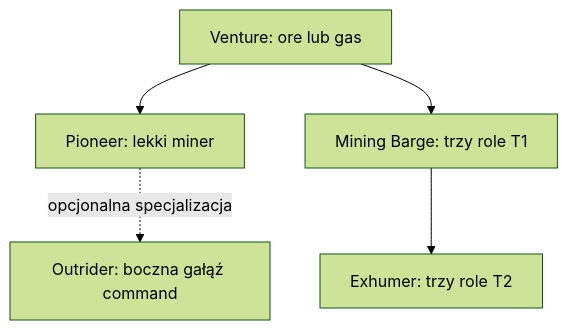
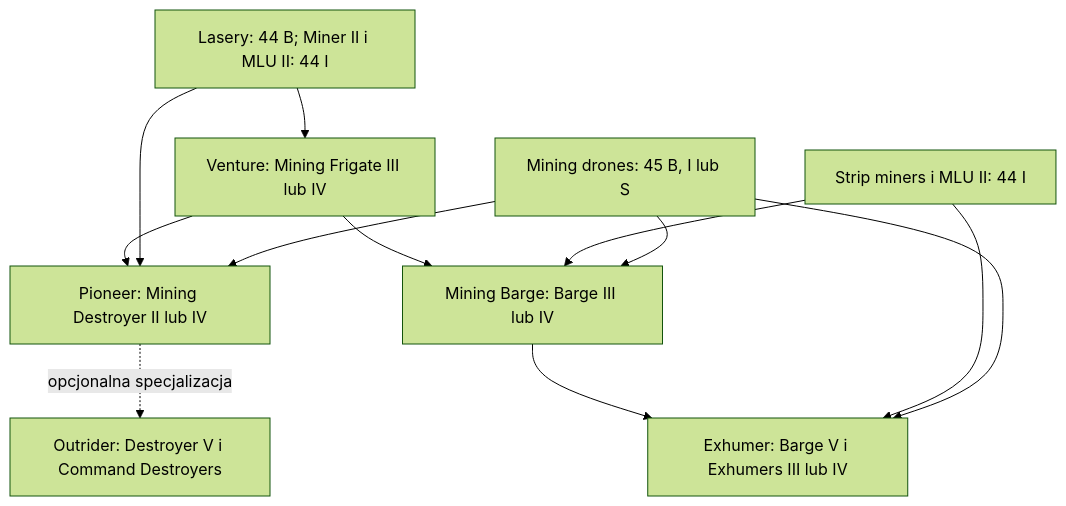
One commit to Blizbor/EvE-Modular-Skillplans changed the diagram in training-paths/mining/DIAGRAM-PL.md. Above: the diagram before and after it, drawn with Mermaid (forest theme). The commit also changed other lines of this file and 65 other files, not shown here.

````diff
--- a/training-paths/mining/DIAGRAM-PL.md
+++ b/training-paths/mining/DIAGRAM-PL.md
@@ -5,13 +5,23 @@
 ```mermaid
 flowchart TD
-    V["Venture: ore lub gas"]
-    P["Pioneer: lekki miner"]
-    O["Outrider: boczna gałąź command"]
-    B["Mining Barge: trzy role T1"]
-    E["Exhumer: trzy role T2"]
+    V["Venture: Mining Frigate III lub IV"]
+    P["Pioneer: Mining Destroyer II lub IV"]
+    O["Outrider: Destroyer V i Command Destroyers"]
+    B["Mining Barge: Barge III lub IV"]
+    E["Exhumer: Barge V i Exhumers III lub IV"]
+    L["Lasery: 44 B; Miner II i MLU II: 44 I"]
+    S["Strip miners i MLU II: 44 I"]
+    D["Mining drones: 45 B, I lub S"]
 
     V --> P
     P -. opcjonalna specjalizacja .-> O
     V --> B
     B --> E
+    L --> V
+    L --> P
+    S --> B
+    S --> E
+    D --> P
+    D --> B
+    D --> E
 ```
````
